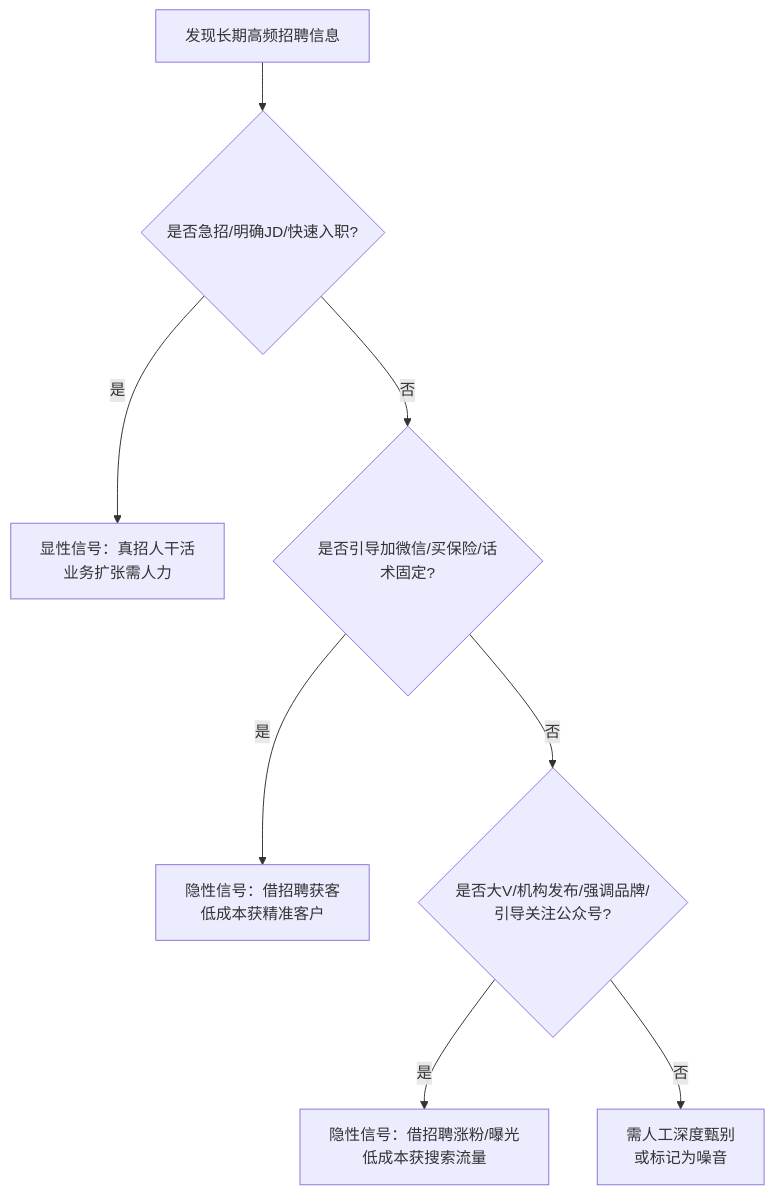
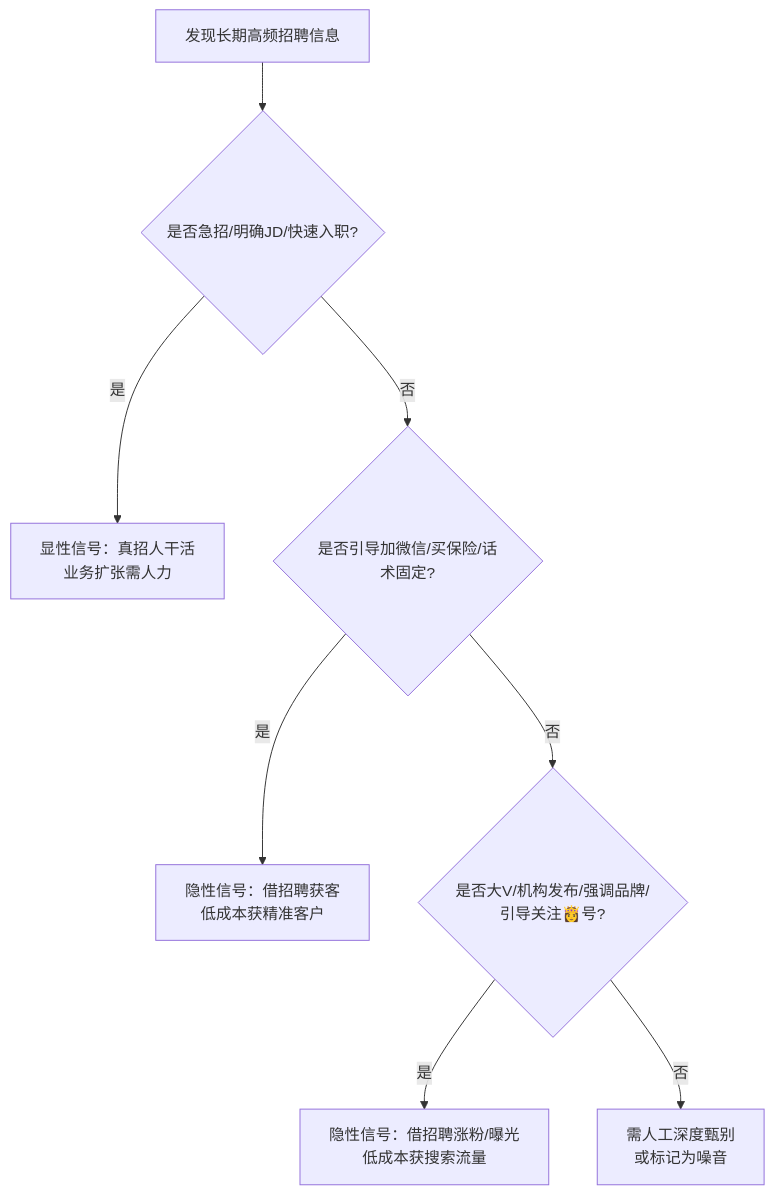
One commit to OpenDocCN1/flygon-zhuanqian-zhoubao changed the first of 5 diagrams in docs/202303_paper2textbook/asset/body_fix_ce33ba9bc3398f2b27e490cc64f97f29_7f0d9f826d2fd4c032dc192302cf7eac_091a4d8cb1ff74e26d2f63e1d83c7f0c_6f1de0db6221f92438184ad2e9748162.md. Above: the diagram before and after it, drawn with Mermaid. The commit also changed other lines of this file and 6688 other files, not shown here.

````diff
--- a/docs/202303_paper2textbook/asset/body_fix_ce33ba9bc3398f2b27e490cc64f97f29_7f0d9f826d2fd4c032dc192302cf7eac_091a4d8cb1ff74e26d2f63e1d83c7f0c_6f1de0db6221f92438184ad2e9748162.md
+++ b/docs/202303_paper2textbook/asset/body_fix_ce33ba9bc3398f2b27e490cc64f97f29_7f0d9f826d2fd4c032dc192302cf7eac_091a4d8cb1ff74e26d2f63e1d83c7f0c_6f1de0db6221f92438184ad2e9748162.md
@@ -87,10 +87,10 @@
 ```mermaid
 flowchart TD
     A[发现长期高频招聘信息] --> B{是否急招/明确JD/快速入职?}
     B -- 是 --> C[显性信号：真招人干活\n业务扩张需人力]
     B -- 否 --> D{是否引导加微信/买保险/话术固定?}
     D -- 是 --> E[隐性信号：借招聘获客\n低成本获精准客户]
-    D -- 否 --> F{是否大V/机构发布/强调品牌/引导关注公众号?}
+    D -- 否 --> F{是否大V/机构发布/强调品牌/引导关注👸号?}
     F -- 是 --> G[隐性信号：借招聘涨粉/曝光\n低成本获搜索流量]
     F -- 否 --> H[需人工深度甄别\n或标记为噪音]
 ```
````
